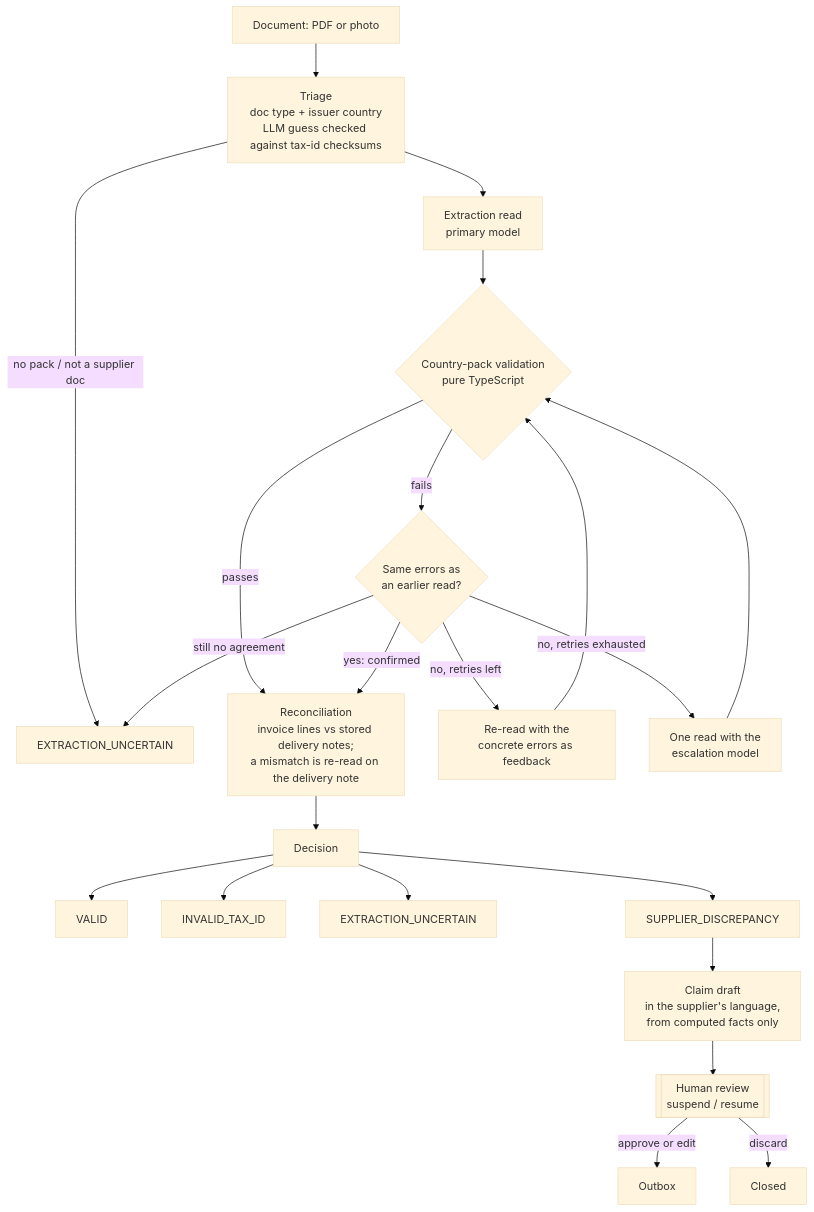
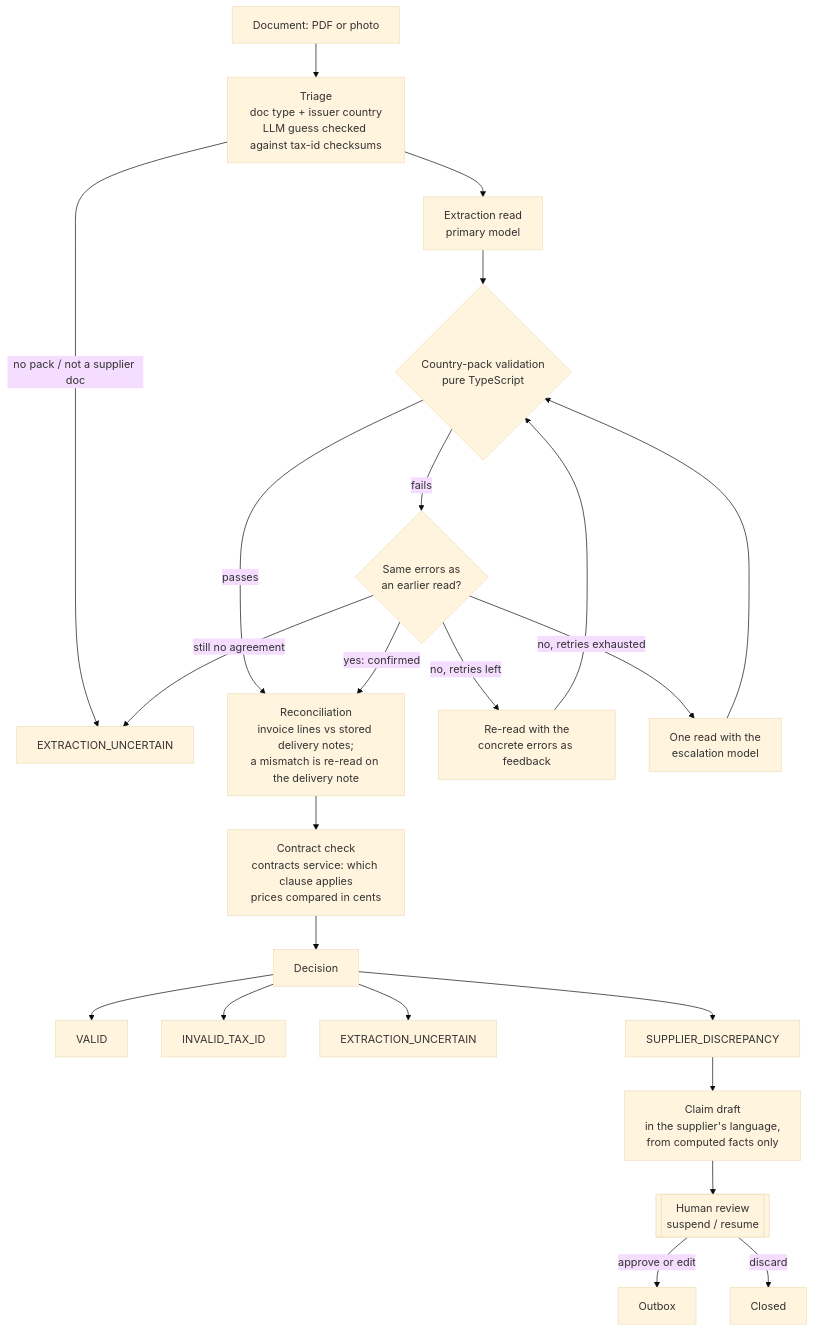
One commit to ricardmartin/cross-border-invoice-sentinel changed the first of 2 diagrams in README.md. Above: the diagram before and after it, drawn with Mermaid (base theme). The commit also changed other lines of this file and 104 other files, not shown here.

First line of the commit message:
v2: contract prices (RAG + LangGraph), provider fallback, deployment

````diff
--- a/README.md
+++ b/README.md
@@ -27,19 +29,20 @@
 ```mermaid
 flowchart TD
     A[Document: PDF or photo] --> T[Triage<br/>doc type + issuer country<br/>LLM guess checked against tax-id checksums]
     T -->|no pack / not a supplier doc| U[EXTRACTION_UNCERTAIN]
     T --> E[Extraction read<br/>primary model]
     E --> V{Country-pack validation<br/>pure TypeScript}
     V -->|passes| R
     V -->|fails| S{Same errors as<br/>an earlier read?}
     S -->|yes: confirmed| R
     S -->|no, retries left| F[Re-read with the<br/>concrete errors as feedback] --> V
     S -->|no, retries exhausted| X[One read with the<br/>escalation model] --> V
     S -->|still no agreement| U
-    R[Reconciliation<br/>invoice lines vs stored delivery notes;<br/>a mismatch is re-read on the delivery note] --> D[Decision]
+    R[Reconciliation<br/>invoice lines vs stored delivery notes;<br/>a mismatch is re-read on the delivery note] --> K[Contract check<br/>contracts service: which clause applies<br/>prices compared in cents]
+    K --> D[Decision]
     D --> VALID & INV[INVALID_TAX_ID] & U2[EXTRACTION_UNCERTAIN] & SD[SUPPLIER_DISCREPANCY]
     SD --> C[Claim draft<br/>in the supplier's language,<br/>from computed facts only]
     C --> H[[Human review<br/>suspend / resume]]
     H -->|approve or edit| OUT[Outbox]
     H -->|discard| END[Closed]
 ```
````
